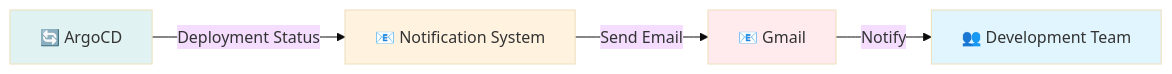
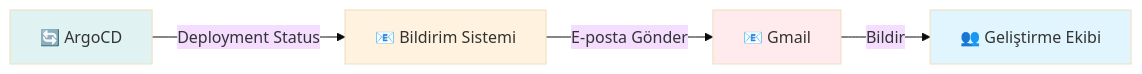
One commit to onurglr/aws-pipeline changed the sixth of 8 diagrams in README.md. Above: the diagram before and after it, drawn with Mermaid (base theme). The commit also changed other lines of this file and 1 other file, not shown here.

````diff
--- a/README.md
+++ b/README.md
@@ -247,11 +247,11 @@
 ```mermaid
 graph LR
-    A[🔄 ArgoCD] -->|Deployment Status| N[📧 Notification System]
-    N -->|Send Email| Gmail[📧 Gmail]
-    Gmail -->|Notify| Team[👥 Development Team]
+    A[🔄 ArgoCD] -->|Deployment Status| N[📧 Bildirim Sistemi]
+    N -->|E-posta Gönder| Gmail[📧 Gmail]
+    Gmail -->|Bildir| Team[👥 Geliştirme Ekibi]
     
     style A fill:#e0f2f1
     style N fill:#fff3e0
     style Gmail fill:#ffebee
     style Team fill:#e1f5fe
 ```
````
